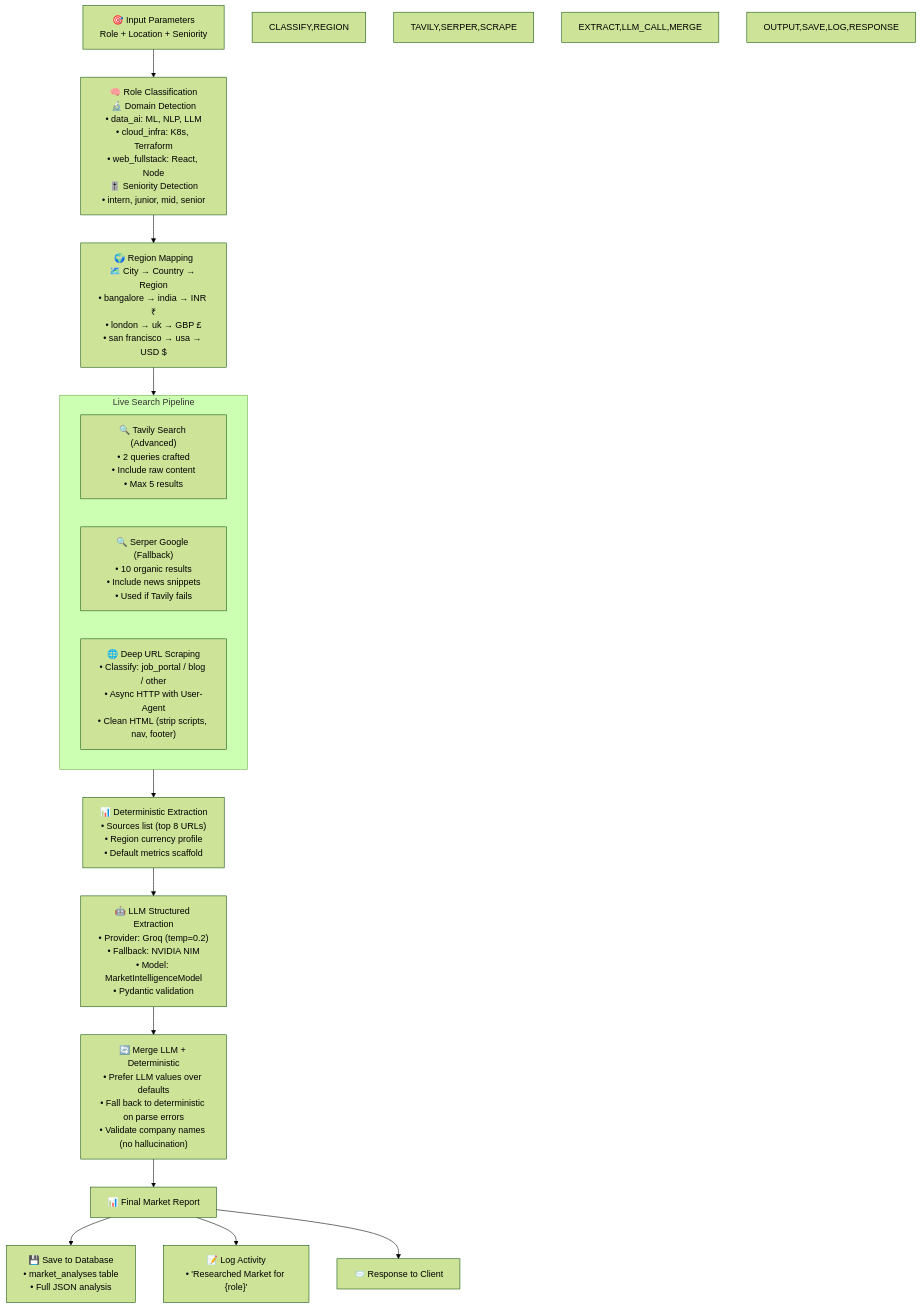
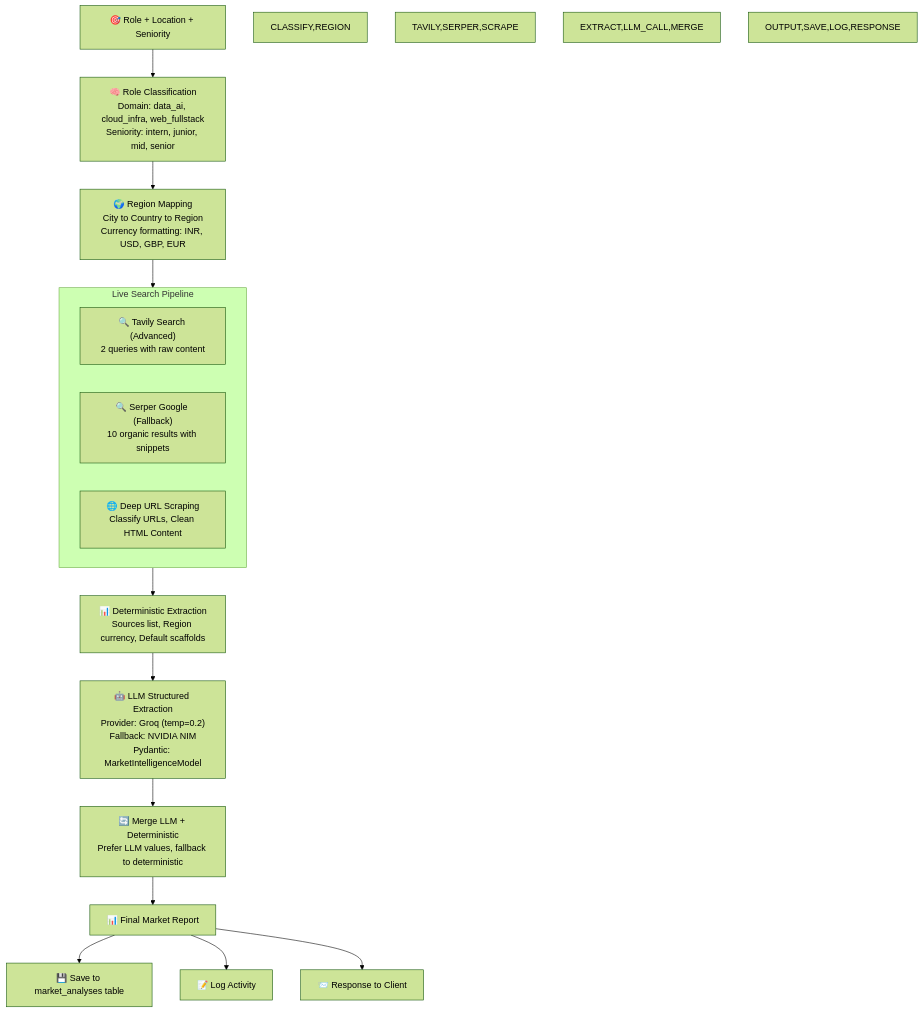
Before and after one commit to Anil-Pradhan-web/ai-career-mentor: diagram 25 of 35 in ARCHITECTURE.md, drawn with Mermaid (forest theme). The commit also changed other lines of this file, not shown here.

Commit message:
fix: remove all JSON curly braces from Mermaid sequence diagrams, simplify state diagrams, replace classDef with inline styles for GitHub compatibility

````diff
--- a/ARCHITECTURE.md
+++ b/ARCHITECTURE.md
@@ -1488,40 +1413,40 @@
 ```mermaid
 flowchart TD
     classDef input fill:#818cf8,color:#fff,stroke:#6366f1
     classDef search fill:#06b6d4,color:#fff,stroke:#0891b2
     classDef process fill:#f59e0b,color:#fff,stroke:#d97706
     classDef llm fill:#7c3aed,color:#fff,stroke:#a78bfa
     classDef output fill:#34d399,color:#fff,stroke:#10b981
 
-    INPUT["🎯 Input Parameters<br/>Role + Location + Seniority"]
+    INPUT["🎯 Role + Location + Seniority"]
     
-    INPUT --> CLASSIFY["🧠 Role Classification<br/>🔬 Domain Detection<br/>• data_ai: ML, NLP, LLM<br/>• cloud_infra: K8s, Terraform<br/>• web_fullstack: React, Node<br/>🎚️ Seniority Detection<br/>• intern, junior, mid, senior"]
+    INPUT --> CLASSIFY["🧠 Role Classification<br/>Domain: data_ai, cloud_infra, web_fullstack<br/>Seniority: intern, junior, mid, senior"]
     
-    CLASSIFY --> REGION["🌍 Region Mapping<br/>🗺️ City → Country → Region<br/>• bangalore → india → INR ₹<br/>• london → uk → GBP £<br/>• san francisco → usa → USD $"]
+    CLASSIFY --> REGION["🌍 Region Mapping<br/>City to Country to Region<br/>Currency formatting: INR, USD, GBP, EUR"]
     
     REGION --> SEARCH["🔍 Live Search Pipeline"]
     
     subgraph SEARCH [Live Search Pipeline]
-        TAVILY["🔍 Tavily Search (Advanced)<br/>• 2 queries crafted<br/>• Include raw content<br/>• Max 5 results"]
-        SERPER["🔍 Serper Google (Fallback)<br/>• 10 organic results<br/>• Include news snippets<br/>• Used if Tavily fails"]
-        SCRAPE["🌐 Deep URL Scraping<br/>• Classify: job_portal / blog / other<br/>• Async HTTP with User-Agent<br/>• Clean HTML (strip scripts, nav, footer)"]
+        TAVILY["🔍 Tavily Search (Advanced)<br/>2 queries with raw content"]
+        SERPER["🔍 Serper Google (Fallback)<br/>10 organic results with snippets"]
+        SCRAPE["🌐 Deep URL Scraping<br/>Classify URLs, Clean HTML Content"]
     end
     
-    SEARCH --> EXTRACT["📊 Deterministic Extraction<br/>• Sources list (top 8 URLs)<br/>• Region currency profile<br/>• Default metrics scaffold"]
+    SEARCH --> EXTRACT["📊 Deterministic Extraction<br/>Sources list, Region currency, Default scaffolds"]
     
-    EXTRACT --> LLM_CALL["🤖 LLM Structured Extraction<br/>• Provider: Groq (temp=0.2)<br/>• Fallback: NVIDIA NIM<br/>• Model: MarketIntelligenceModel<br/>• Pydantic validation"]
+    EXTRACT --> LLM_CALL["🤖 LLM Structured Extraction<br/>Provider: Groq (temp=0.2)<br/>Fallback: NVIDIA NIM<br/>Pydantic: MarketIntelligenceModel"]
     
-    LLM_CALL --> MERGE["🔄 Merge LLM + Deterministic<br/>• Prefer LLM values over defaults<br/>• Fall back to deterministic on parse errors<br/>• Validate company names (no hallucination)"]
+    LLM_CALL --> MERGE["🔄 Merge LLM + Deterministic<br/>Prefer LLM values, fallback to deterministic"]
     
     MERGE --> OUTPUT["📊 Final Market Report"]
     
-    OUTPUT --> SAVE["💾 Save to Database<br/>• market_analyses table<br/>• Full JSON analysis"]
-    OUTPUT --> LOG["📝 Log Activity<br/>• 'Researched Market for {role}'"]
+    OUTPUT --> SAVE["💾 Save to market_analyses table"]
+    OUTPUT --> LOG["📝 Log Activity"]
     OUTPUT --> RESPONSE["📨 Response to Client"]
 
     style INPUT input
     style CLASSIFY,REGION process
     style TAVILY,SERPER,SCRAPE search
     style EXTRACT,LLM_CALL,MERGE llm
     style OUTPUT,SAVE,LOG,RESPONSE output
 ```
````
